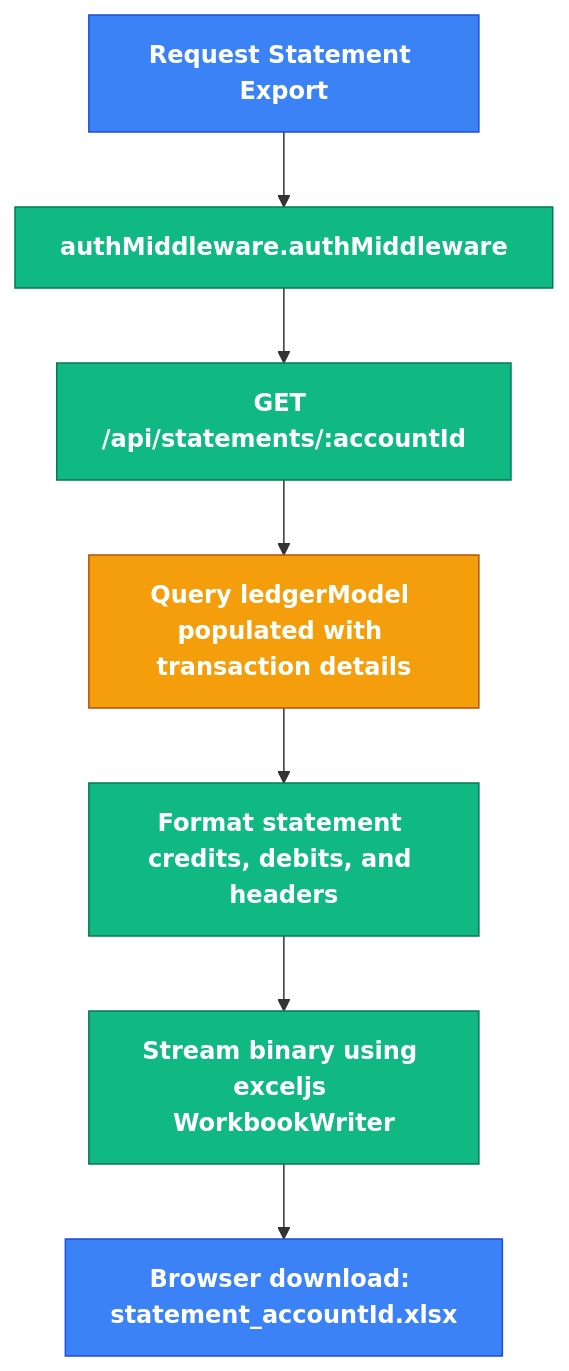
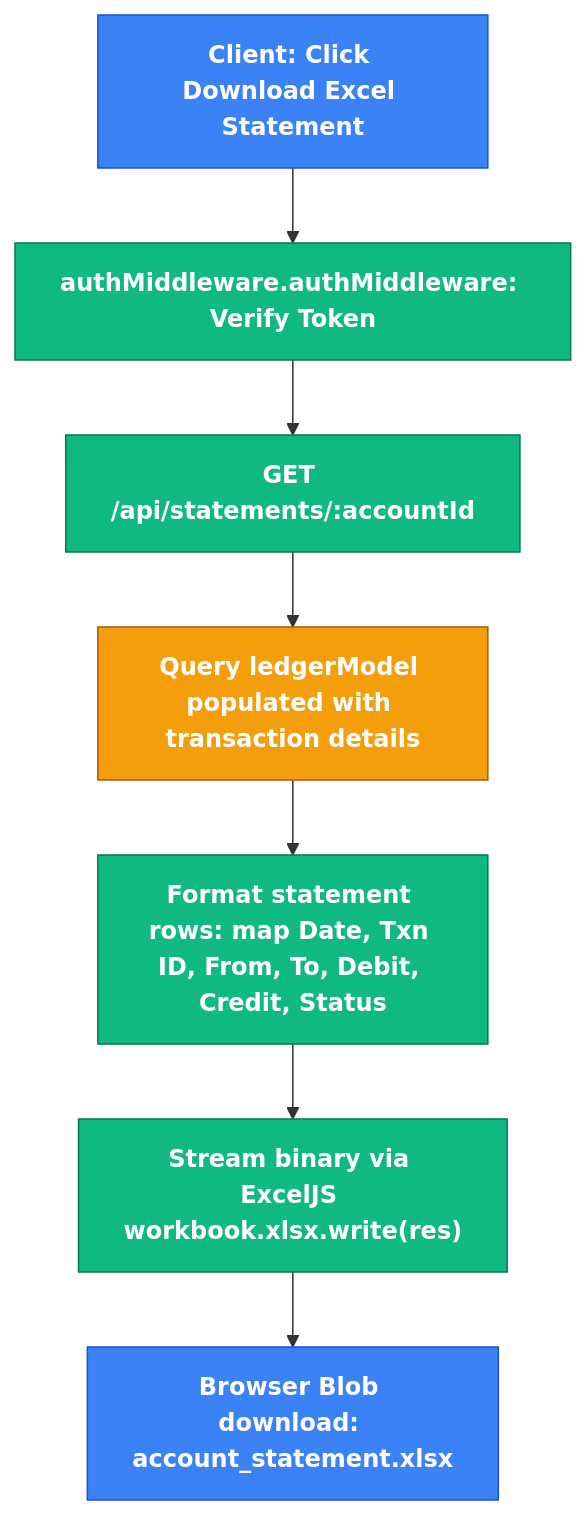
The fifth of 6 diagrams in README.md (nihar5776/Banking-System), drawn with Mermaid before and after one commit. The commit also changed other lines of this file, not shown here.

Commit message:
docs: complete redesign of README.md with detailed file links, API specs, and 5 Mermaid workflow diagrams

````diff
--- a/README.md
+++ b/README.md
@@ -175,15 +417,15 @@
 ```mermaid
 graph TD
     classDef client fill:#3b82f6,stroke:#1d4ed8,color:#fff,font-weight:bold;
     classDef server fill:#10b981,stroke:#047857,color:#fff,font-weight:bold;
     classDef db fill:#f59e0b,stroke:#b45309,color:#fff,font-weight:bold;
     
-    Start["Request Statement Export"] --> Guard["authMiddleware.authMiddleware"]:::server
+    Start["Client: Click Download Excel Statement"] --> Guard["authMiddleware.authMiddleware: Verify Token"]:::server
     Guard --> GET_Statement["GET /api/statements/:accountId"]:::server
     GET_Statement --> QueryLedger["Query ledgerModel populated with transaction details"]:::db
-    QueryLedger --> FormatRows["Format statement credits, debits, and headers"]:::server
-    FormatRows --> StreamExcel["Stream binary using exceljs WorkbookWriter"]:::server
-    StreamExcel --> Download["Browser download: statement_accountId.xlsx"]:::client
+    QueryLedger --> FormatRows["Format statement rows: map Date, Txn ID, From, To, Debit, Credit, Status"]:::server
+    FormatRows --> StreamExcel["Stream binary via ExcelJS workbook.xlsx.write(res)"]:::server
+    StreamExcel --> Download["Browser Blob download: account_statement.xlsx"]:::client
 
     class Start,Download client;
 ```
````
